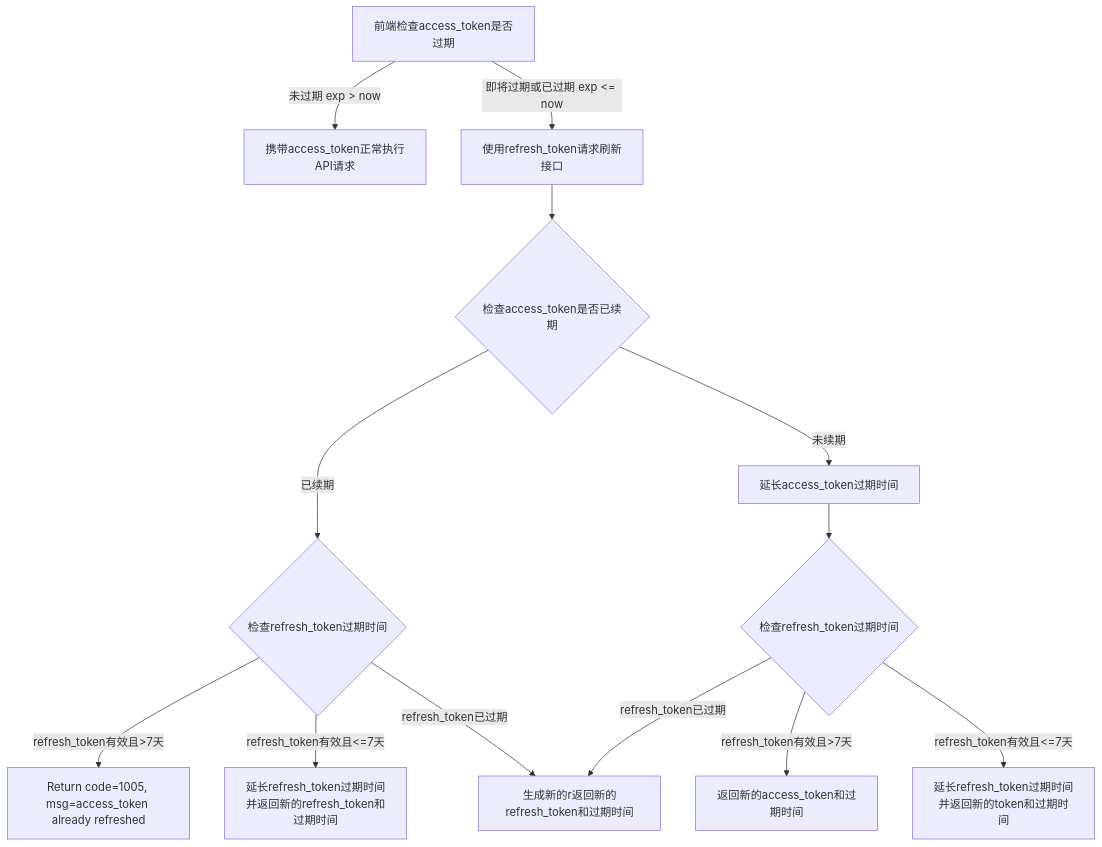
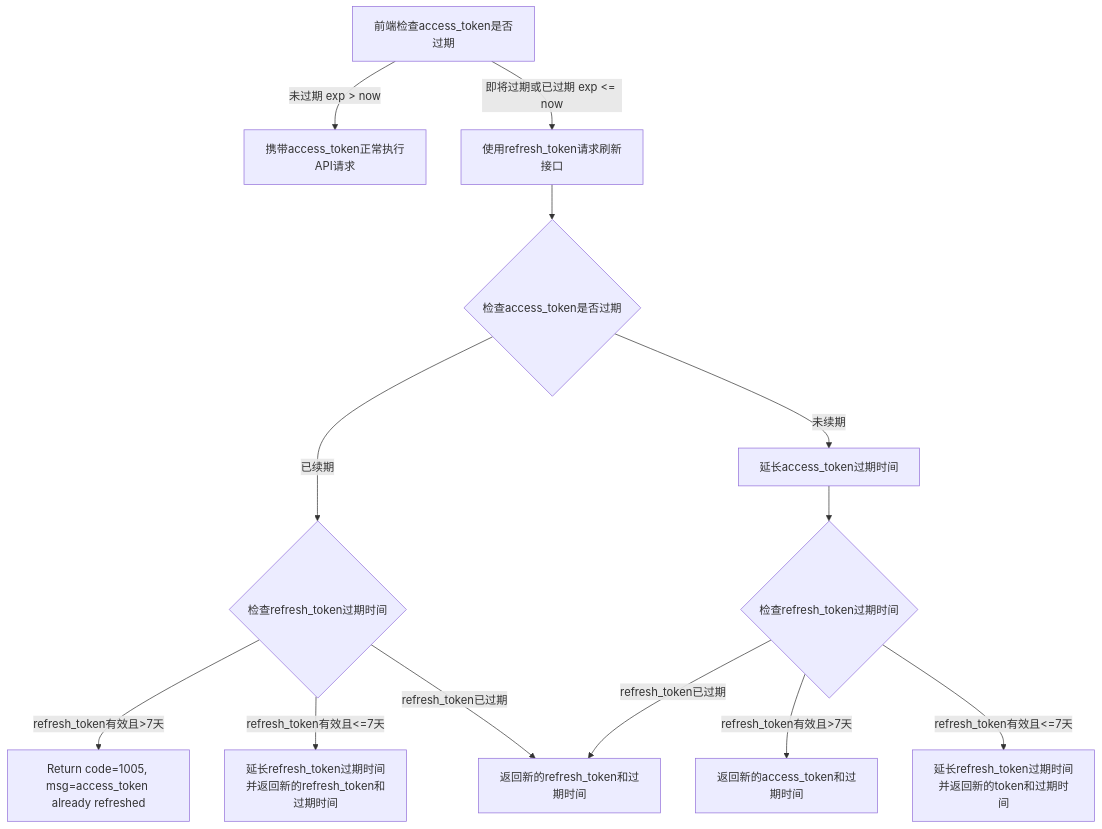
Before and after one commit to yingjianzh/iodraw-files: the diagram in all/未命名-19.md, drawn with Mermaid.

Commit message:
2025-01-09 09:28:21 update

````diff
--- a/all/未命名-19.md
+++ b/all/未命名-19.md
@@ -1,17 +1,17 @@
 ```mermaid
 flowchart TD
     A[前端检查access_token是否过期] 
     A -->|未过期 exp > now| B[携带access_token正常执行API请求]
     A -->|即将过期或已过期 exp <= now| C[使用refresh_token请求刷新接口]
-    C --> D{检查access_token是否已续期}
+    C --> D{检查access_token是否过期}
     D -->|已续期| E{检查refresh_token过期时间}
     D -->|未续期| F[延长access_token过期时间]
     E -->|refresh_token有效且>7天| G[Return code=1005, msg=access_token already refreshed]
     E -->|refresh_token有效且<=7天| H[延长refresh_token过期时间并返回新的refresh_token和过期时间]
-    E -->|refresh_token已过期| I[生成新的r返回新的refresh_token和过期时间]
+    E -->|refresh_token已过期| I[返回新的refresh_token和过期时间]
     F --> J{检查refresh_token过期时间}
     J -->|refresh_token有效且>7天| K[返回新的access_token和过期时间]
     J -->|refresh_token有效且<=7天| L[延长refresh_token过期时间并返回新的token和过期时间]
     J -->|refresh_token已过期| I
 
 ```
````
